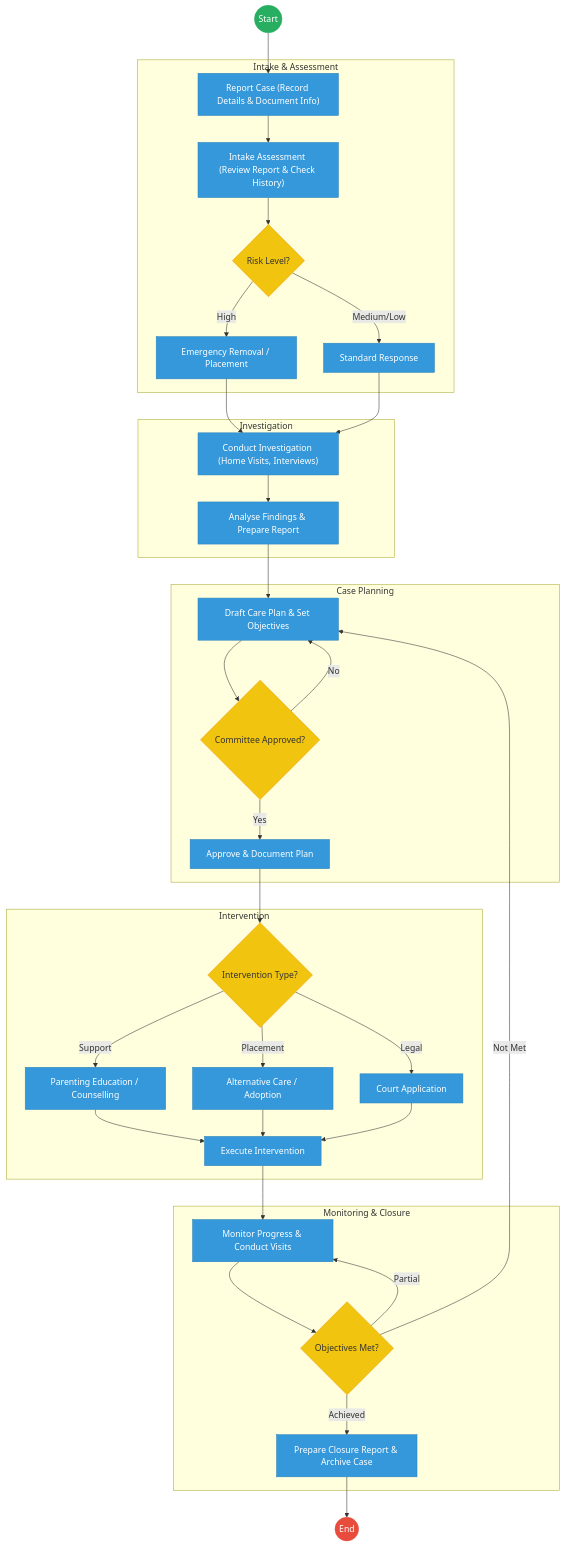
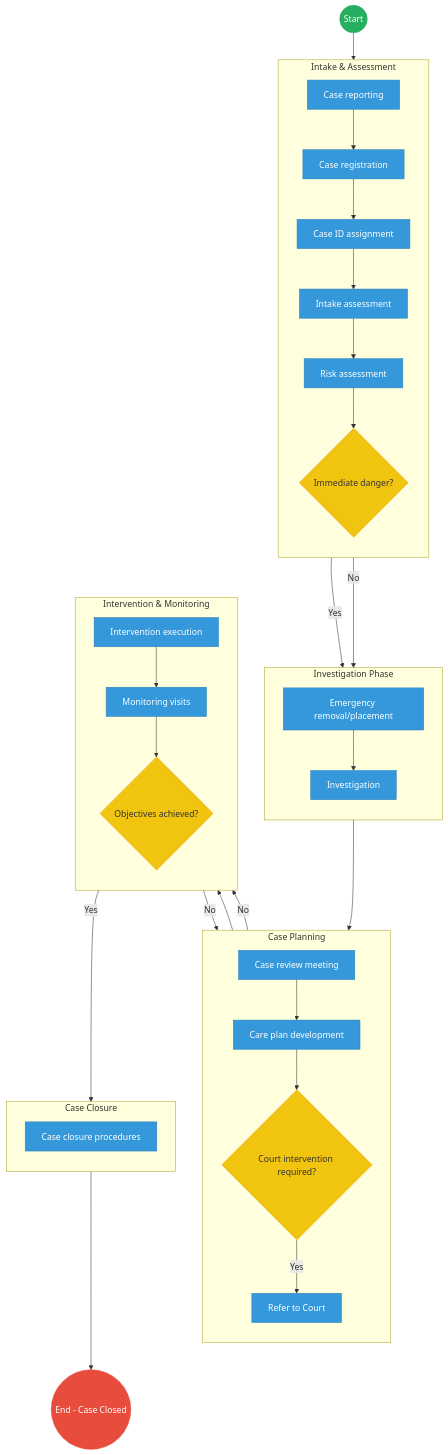
Before and after one commit to BITZ-IT-Consulting-LTD/ictapoc: the first of 2 diagrams in mdas/docs_final/priority_mdas/State_Department_for_Children_Services___Service_Delivery.md, drawn with Mermaid. The commit also changed other lines of this file and 109 other files, not shown here.

````diff
--- a/mdas/docs_final/priority_mdas/State_Department_for_Children_Services___Service_Delivery.md
+++ b/mdas/docs_final/priority_mdas/State_Department_for_Children_Services___Service_Delivery.md
@@ -21,58 +21,81 @@
 ```mermaid
-graph TD
-    Start((Start)) --> Report["Report Case (Record Details & Document Info)"]
+flowchart TD
+    %% Events
+    Start((Start))
+    EndProcess((End - Case Closed))
+
+    subgraph CaseIntake [Intake & Assessment]
+        direction TB
+        Report[Case reporting]
+        Reg[Case registration]
+        AssignID[Case ID assignment]
+        IntakeAss[Intake assessment]
+        RiskAss[Risk assessment]
+        RiskGateway{Immediate danger?}
+    end
+
+    subgraph Investigation [Investigation Phase]
+        direction TB
+        Investigate[Investigation]
+        EmergRem[Emergency removal/placement]
+    end
+
+    subgraph CasePlanning [Case Planning]
+        direction TB
+        RevMeet[Case review meeting]
+        CarePlan[Care plan development]
+        CourtGateway{Court intervention required?}
+        CourtRef[Refer to Court]
+    end
+
+    subgraph Implementation [Intervention & Monitoring]
+        direction TB
+        Intervene[Intervention execution]
+        Monitor[Monitoring visits]
+        MetGateway{Objectives achieved?}
+    end
+
+    subgraph Closure [Case Closure]
+        direction TB
+        CloseProc[Case closure procedures]
+    end
+
+    %% Flow connections
+    Start --> Report
+    Report --> Reg
+    Reg --> AssignID
+    AssignID --> IntakeAss
+    IntakeAss --> RiskAss
+    RiskAss --> RiskGateway
     
-    subgraph Intake [Intake & Assessment]
-        Report --> IntakeAss["Intake Assessment (Review Report & Check History)"]
-        IntakeAss --> Risk{"Risk Level?"}
-        
-        Risk -- "High" --> Emergency["Emergency Removal / Placement"]
-        Risk -- "Medium/Low" --> Standard["Standard Response"]
-    end
+    RiskGateway -- "Yes" --> EmergRem
+    EmergRem --> Investigate
+    RiskGateway -- "No" --> Investigate
     
-    subgraph Investigation [Investigation]
-        Emergency --> Investigate["Conduct Investigation (Home Visits, Interviews)"]
-        Standard --> Investigate
-        Investigate --> Findings["Analyse Findings & Prepare Report"]
-    end
+    Investigate --> RevMeet
+    RevMeet --> CarePlan
+    CarePlan --> CourtGateway
     
-    subgraph Planning [Case Planning]
-        Findings --> Plan["Draft Care Plan & Set Objectives"]
-        Plan --> CommAppr{"Committee Approved?"}
-        
-        CommAppr -- "No" --> Plan
-        CommAppr -- "Yes" --> ApprovePlan["Approve & Document Plan"]
-    end
+    CourtGateway -- "Yes" --> CourtRef
+    CourtRef --> Intervene
+    CourtGateway -- "No" --> Intervene
     
-    subgraph Intervention [Intervention]
-        ApprovePlan --> Type{"Intervention Type?"}
-        
-        Type -- "Support" --> Support["Parenting Education / Counselling"]
-        Type -- "Placement" --> Placement["Alternative Care / Adoption"]
-        Type -- "Legal" --> Legal["Court Application"]
-        
-        Support --> Execute["Execute Intervention"]
-        Placement --> Execute
-        Legal --> Execute
-    end
+    Intervene --> Monitor
+    Monitor --> MetGateway
     
-    subgraph Monitoring [Monitoring & Closure]
-        Execute --> Monitor["Monitor Progress & Conduct Visits"]
-        Monitor --> Met{"Objectives Met?"}
-        
-        Met -- "Not Met" --> Plan
-        Met -- "Partial" --> Monitor
-        Met -- "Achieved" --> Closure["Prepare Closure Report & Archive Case"]
-    end
+    MetGateway -- "No" --> CarePlan
+    MetGateway -- "Yes" --> CloseProc
     
-    Closure --> End((End))
+    CloseProc --> EndProcess
 
-    classDef start fill:#27ae60,stroke:#27ae60,color:#fff;
-    classDef endNode fill:#e74c3c,stroke:#e74c3c,color:#fff;
+    %% Styling
+    classDef startEvent fill:#27ae60,stroke:#27ae60,color:#fff;
+    classDef endEvent fill:#e74c3c,stroke:#e74c3c,color:#fff;
     classDef userTask fill:#3498db,stroke:#2980b9,color:#fff;
     classDef gateway fill:#f1c40f,stroke:#f39c12,color:#333;
-    class Start start;
-    class End endNode;
-    class Risk,CommAppr,Type,Met gateway;
-    class Report,IntakeAss,Emergency,Standard,Investigate,Findings,Plan,ApprovePlan,Support,Placement,Legal,Execute,Monitor,Closure userTask;
+    
+    class Start startEvent;
+    class EndProcess endEvent;
+    class RiskGateway,CourtGateway,MetGateway gateway;
+    class Report,Reg,AssignID,IntakeAss,RiskAss,Investigate,EmergRem,RevMeet,CarePlan,CourtRef,Intervene,Monitor,CloseProc userTask;
 ```
````
